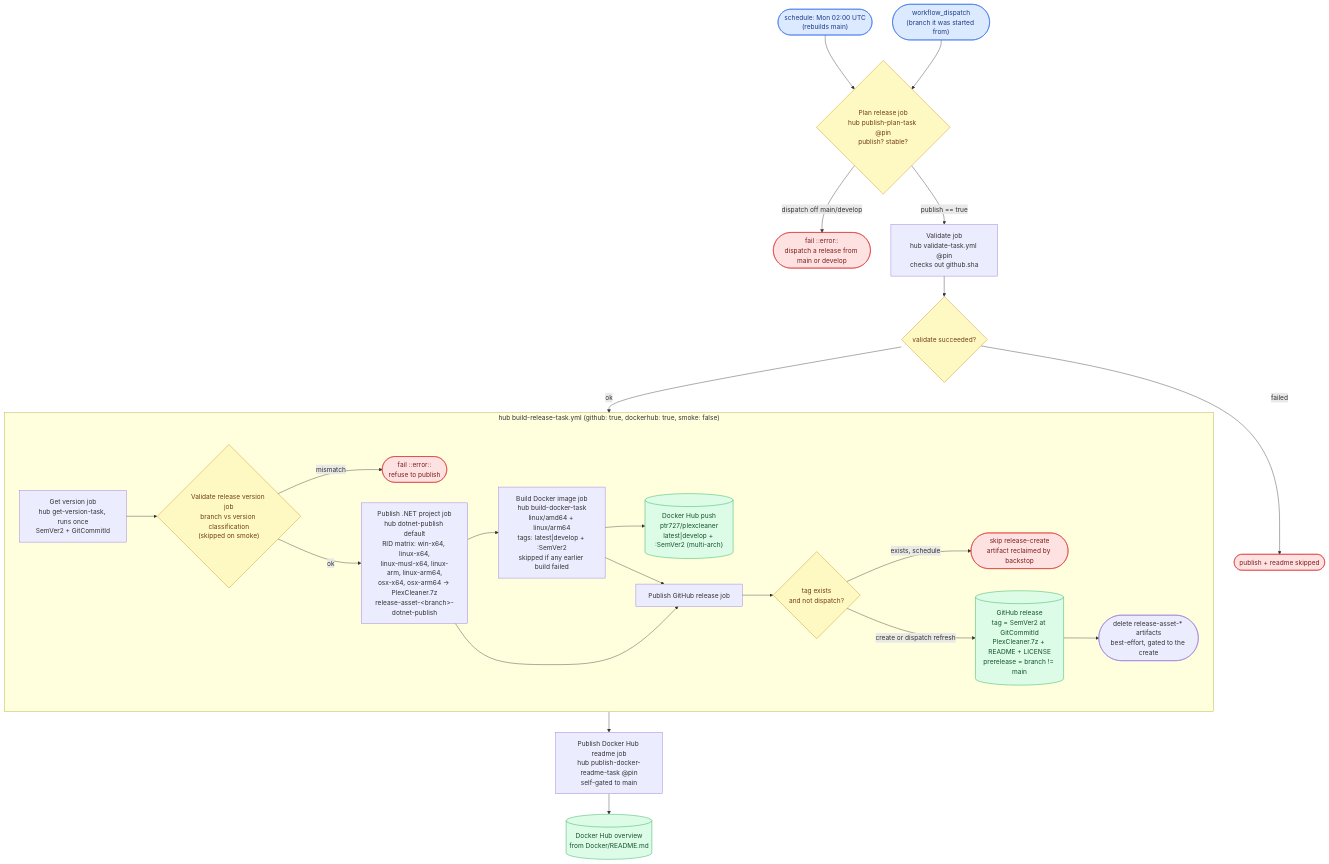
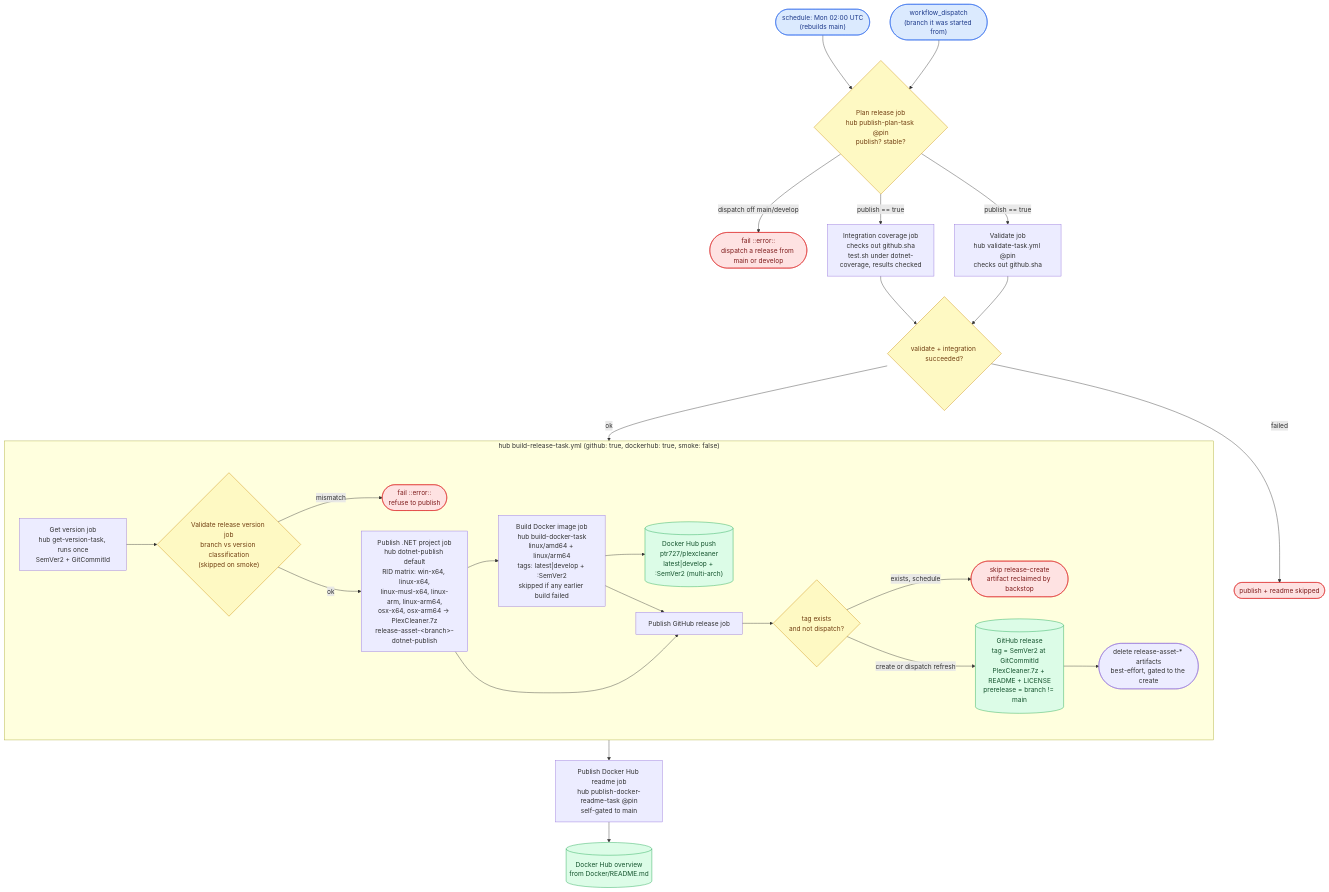
Before and after one commit to ptr727/PlexCleaner: the second of 3 diagrams in WORKFLOW.md, drawn with Mermaid. The commit also changed other lines of this file and 13 other files, not shown here.

First line of the commit message:
Add a CI Integration Coverage Job over a Synthetic Corpus

````diff
--- a/WORKFLOW.md
+++ b/WORKFLOW.md
@@ -255,33 +263,35 @@
 ```mermaid
 flowchart TD
     SCH(["schedule: Mon 02:00 UTC<br/>(rebuilds main)"]):::trig --> PG
     DSP(["workflow_dispatch<br/>(branch it was started from)"]):::trig --> PG
     PG{"Plan release job<br/>hub publish-plan-task @pin<br/>publish? stable?"}:::gate
     PG -- "dispatch off main/develop" --> PSKIP(["fail ::error::<br/>dispatch a release from main or develop"]):::stop
     PG -- "publish == true" --> VAL
-    VAL["Validate job<br/>hub validate-task.yml @pin<br/>checks out github.sha"] --> VG{"validate succeeded?"}:::gate
+    PG -- "publish == true" --> INT
+    INT["Integration coverage job<br/>checks out github.sha<br/>test.sh under dotnet-coverage, results checked"] --> VG
+    VAL["Validate job<br/>hub validate-task.yml @pin<br/>checks out github.sha"] --> VG{"validate + integration succeeded?"}:::gate
     VG -- "failed" --> VFAIL(["publish + readme skipped"]):::stop
     VG -- "ok" --> BRT
     subgraph BRT ["hub build-release-task.yml (github: true, dockerhub: true, smoke: false)"]
         GV["Get version job<br/>hub get-version-task, runs once<br/>SemVer2 + GitCommitId"]
         GV --> VR{"Validate release version job<br/>branch vs version classification<br/>(skipped on smoke)"}:::gate
         VR -- "mismatch" --> VRX(["fail ::error::<br/>refuse to publish"]):::stop
         VR -- "ok" --> BE
         BE["Publish .NET project job<br/>hub dotnet-publish default<br/>RID matrix: win-x64, linux-x64,<br/>linux-musl-x64, linux-arm, linux-arm64,<br/>osx-x64, osx-arm64 -> PlexCleaner.7z<br/>release-asset-&lt;branch&gt;-dotnet-publish"]
         BE --> BD
         BD["Build Docker image job<br/>hub build-docker-task<br/>linux/amd64 + linux/arm64<br/>tags: latest|develop + :SemVer2<br/>skipped if any earlier build failed"]
         BD --> DH[("Docker Hub push<br/>ptr727/plexcleaner<br/>latest|develop + :SemVer2 (multi-arch)")]:::pub
         BE --> GR
         BD --> GR
         GR["Publish GitHub release job"] --> EX{"tag exists<br/>and not dispatch?"}:::gate
         EX -- "exists, schedule" --> NOP(["skip release-create<br/>artifact reclaimed by backstop"]):::stop
         EX -- "create or dispatch refresh" --> REL[("GitHub release<br/>tag = SemVer2 at GitCommitId<br/>PlexCleaner.7z + README + LICENSE<br/>prerelease = branch != main")]:::pub
         REL --> CLN(["delete release-asset-* artifacts<br/>best-effort, gated to the create"])
     end
     BRT --> RM["Publish Docker Hub readme job<br/>hub publish-docker-readme-task @pin<br/>self-gated to main"]
     RM --> OVW[("Docker Hub overview<br/>from Docker/README.md")]:::pub
     classDef trig fill:#dbeafe,stroke:#2563eb,color:#1e3a8a
     classDef gate fill:#fef9c3,stroke:#ca8a04,color:#713f12
     classDef pub fill:#dcfce7,stroke:#16a34a,color:#14532d
     classDef stop fill:#fee2e2,stroke:#dc2626,color:#7f1d1d
 ```
````
